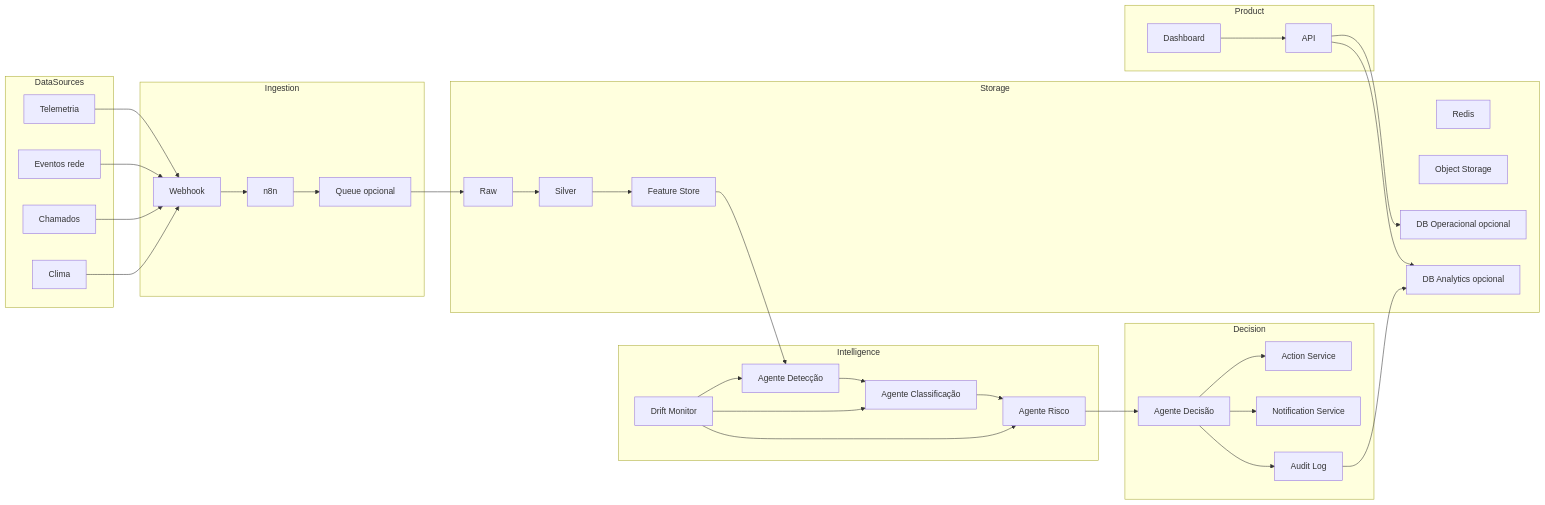
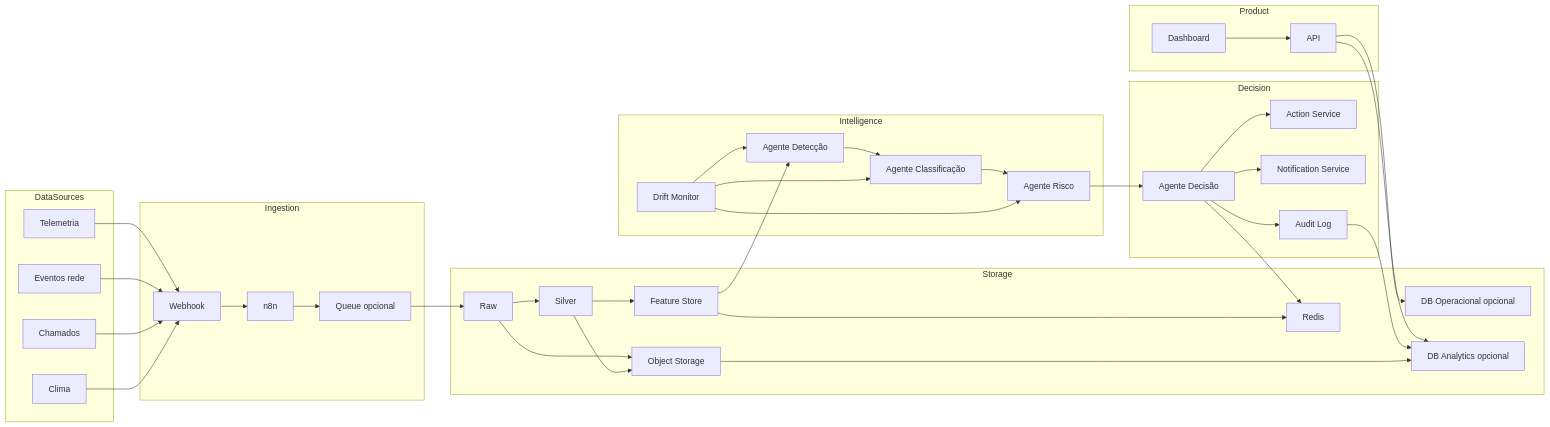
One commit to murylomarques/AI_Network_Guardian changed the fifth of 5 diagrams in README.md. Above: the diagram before and after it, drawn with Mermaid.

Commit message:
docs: conectar redis e object storage no diagrama

````diff
--- a/README.md
+++ b/README.md
@@ -233,68 +233,73 @@
 ```mermaid
 flowchart LR
   subgraph DataSources
     S1[Telemetria]
     S2[Eventos rede]
     S3[Chamados]
     S4[Clima]
   end
 
   subgraph Ingestion
     W1[Webhook]
     N1[n8n]
     Q1[Queue opcional]
   end
 
   subgraph Storage
     R[Raw]
     SI[Silver]
     FS[Feature Store]
     RS[Redis]
     ST[Object Storage]
     DB1[DB Operacional opcional]
     DB2[DB Analytics opcional]
   end
 
   subgraph Intelligence
     AD[Agente Detecção]
     AC[Agente Classificação]
     AR[Agente Risco]
     DR[Drift Monitor]
   end
 
   subgraph Decision
     DE[Agente Decisão]
     AS[Action Service]
     NS[Notification Service]
     AL[Audit Log]
   end
 
   subgraph Product
     API[API]
     UI[Dashboard]
   end
 
   S1 --> W1
   S2 --> W1
   S3 --> W1
   S4 --> W1
   W1 --> N1
   N1 --> Q1
   Q1 --> R
   R --> SI
   SI --> FS
+  R --> ST
+  SI --> ST
   FS --> AD
+  FS --> RS
   AD --> AC
   AC --> AR
   AR --> DE
+  DE --> RS
   DE --> AS
   DE --> NS
   DE --> AL
   API --> DB1
   API --> DB2
   UI --> API
   AL --> DB2
+  ST --> DB2
   DR --> AD
   DR --> AC
   DR --> AR
 ```
````
